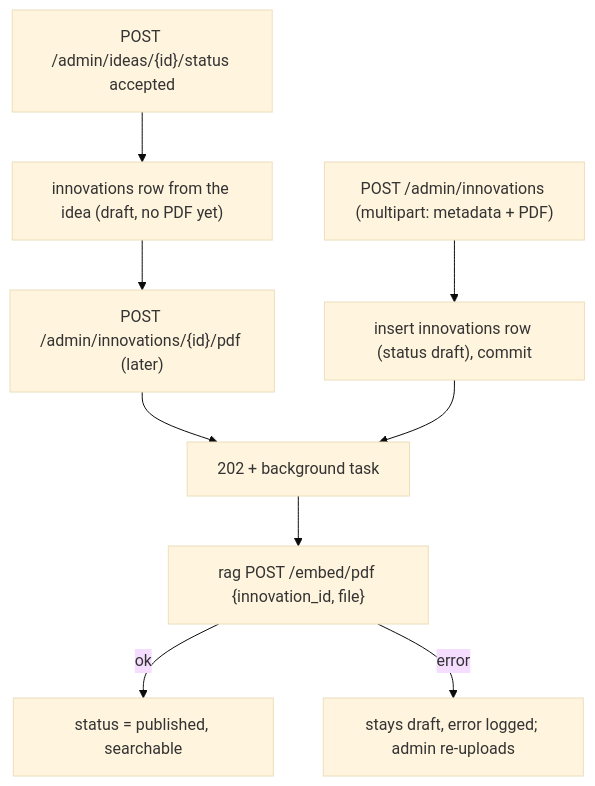
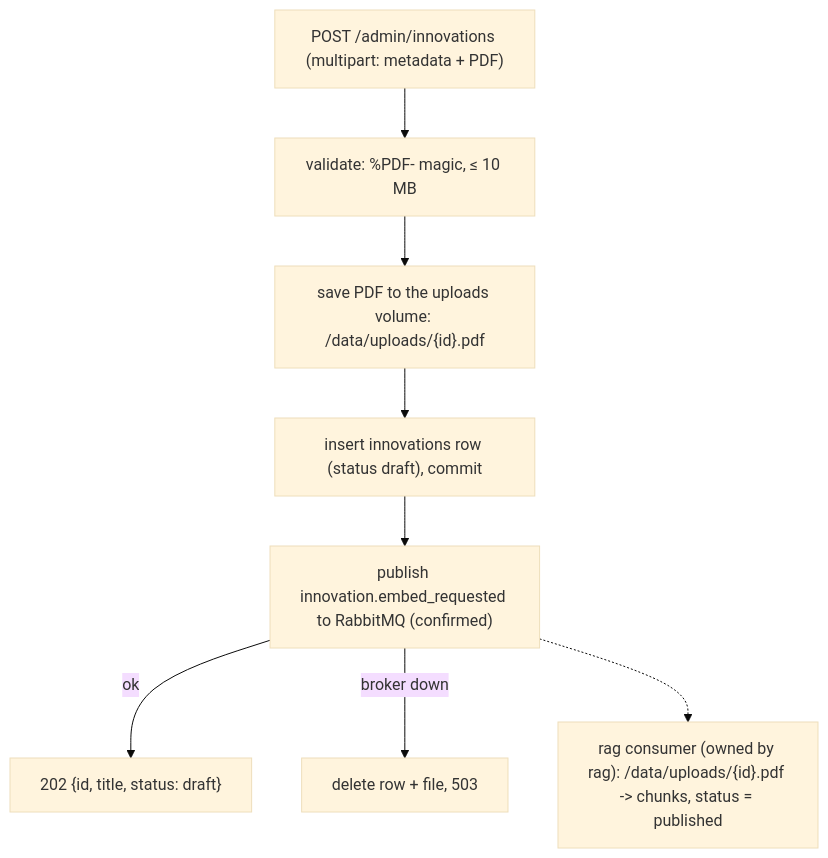
One commit to DziadBud/HackYeah2026 changed the second of 4 diagrams in documentation/backend/architecture.md. Above: the diagram before and after it, drawn with Mermaid (base theme). The commit also changed other lines of this file and 19 other files, not shown here.

````diff
--- a/documentation/backend/architecture.md
+++ b/documentation/backend/architecture.md
@@ -64,11 +69,10 @@
 ```mermaid
 flowchart TD
-    A["POST /admin/innovations (multipart: metadata + PDF)"] --> C
-    B["POST /admin/ideas/{id}/status accepted"] --> B2["innovations row from the idea (draft, no PDF yet)"]
-    B2 --> B3["POST /admin/innovations/{id}/pdf (later)"]
-    B3 --> D
-    C["insert innovations row (status draft), commit"] --> D["202 + background task"]
-    D --> E["rag POST /embed/pdf {innovation_id, file}"]
-    E -- ok --> F["status = published, searchable"]
-    E -- error --> G["stays draft, error logged; admin re-uploads"]
+    A["POST /admin/innovations (multipart: metadata + PDF)"] --> V["validate: %PDF- magic, ≤ 10 MB"]
+    V --> S["save PDF to the uploads volume: /data/uploads/{id}.pdf"]
+    S --> C["insert innovations row (status draft), commit"]
+    C --> P["publish innovation.embed_requested to RabbitMQ (confirmed)"]
+    P -- ok --> R["202 {id, title, status: draft}"]
+    P -- broker down --> U["delete row + file, 503"]
+    P -.-> Q["rag consumer (owned by rag): /data/uploads/{id}.pdf -> chunks, status = published"]
 ```
````
